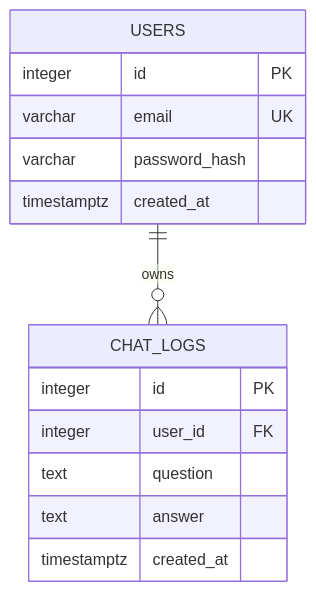
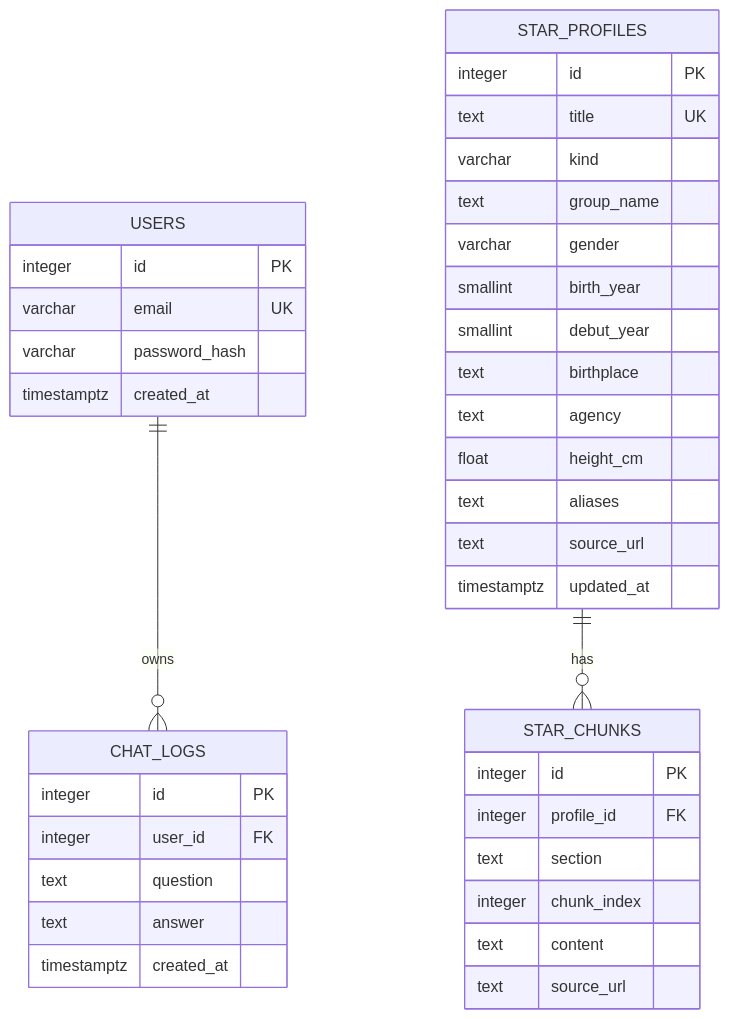
One commit to innurhap28/Next-Star-Hunter.bot changed the diagram in docs/DATABASE.md. Above: the diagram before and after it, drawn with Mermaid. The commit also changed other lines of this file and 2 other files, not shown here.

````diff
--- a/docs/DATABASE.md
+++ b/docs/DATABASE.md
@@ -15,17 +15,41 @@
 ```mermaid
 erDiagram
     USERS ||--o{ CHAT_LOGS : owns
     USERS {
         integer id PK
         varchar email UK
         varchar password_hash
         timestamptz created_at
     }
     CHAT_LOGS {
         integer id PK
         integer user_id FK
         text question
         text answer
         timestamptz created_at
     }
+    STAR_PROFILES ||--o{ STAR_CHUNKS : has
+    STAR_PROFILES {
+        integer id PK
+        text title UK
+        varchar kind
+        text group_name
+        varchar gender
+        smallint birth_year
+        smallint debut_year
+        text birthplace
+        text agency
+        float height_cm
+        text aliases
+        text source_url
+        timestamptz updated_at
+    }
+    STAR_CHUNKS {
+        integer id PK
+        integer profile_id FK
+        text section
+        integer chunk_index
+        text content
+        text source_url
+    }
 ```
````
